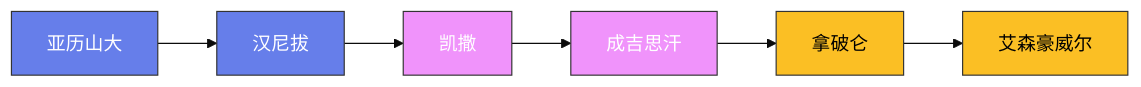
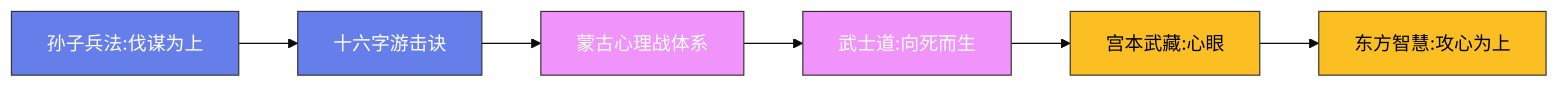
One commit to Fengur/Fengur.github.io changed the diagram in content/posts/ModelCreate/军事史/05-孙子兵法与东方军事.md. Above: the diagram before and after it, drawn with Mermaid (base theme). The commit also changed other lines of this file and 118 other files, not shown here.

````diff
--- a/content/posts/ModelCreate/军事史/05-孙子兵法与东方军事.md
+++ b/content/posts/ModelCreate/军事史/05-孙子兵法与东方军事.md
@@ -39,16 +37,16 @@
 ```mermaid
 graph LR
-    A["亚历山大"] --> B["汉尼拔"]
-    B --> C["凯撒"]
-    C --> D["成吉思汗"]
-    D --> E["拿破仑"]
-    E --> F["艾森豪威尔"]
+    A["孙子兵法:伐谋为上"] --> B["十六字游击诀"]
+    B --> C["蒙古心理战体系"]
+    C --> D["武士道:向死而生"]
+    D --> E["宫本武藏:心眼"]
+    E --> F["东方智慧:攻心为上"]
 
     classDef early fill:#667eea,stroke:#333,color:white
     classDef mid fill:#f093fb,stroke:#333,color:white
     classDef modern fill:#fbbf24,stroke:#333,color:black
 
     class A,B early
     class C,D mid
     class E,F modern
 ```
````
